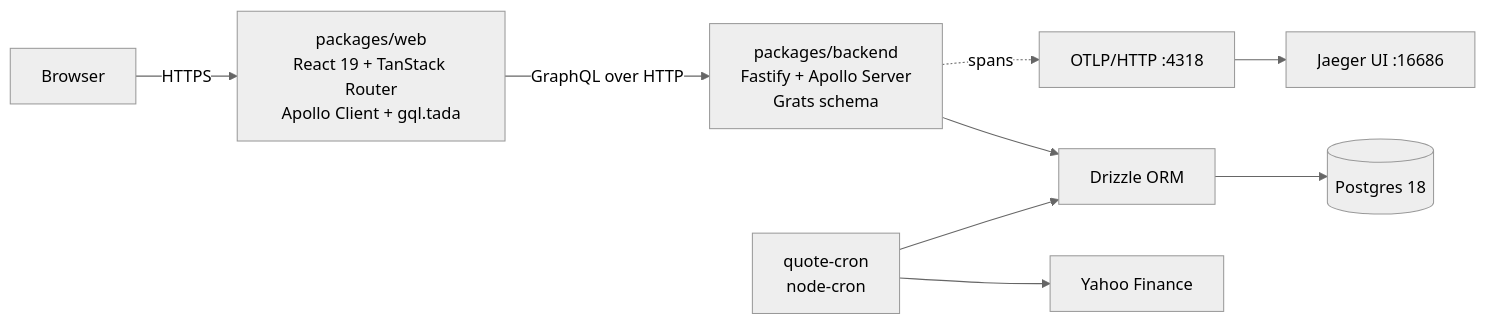
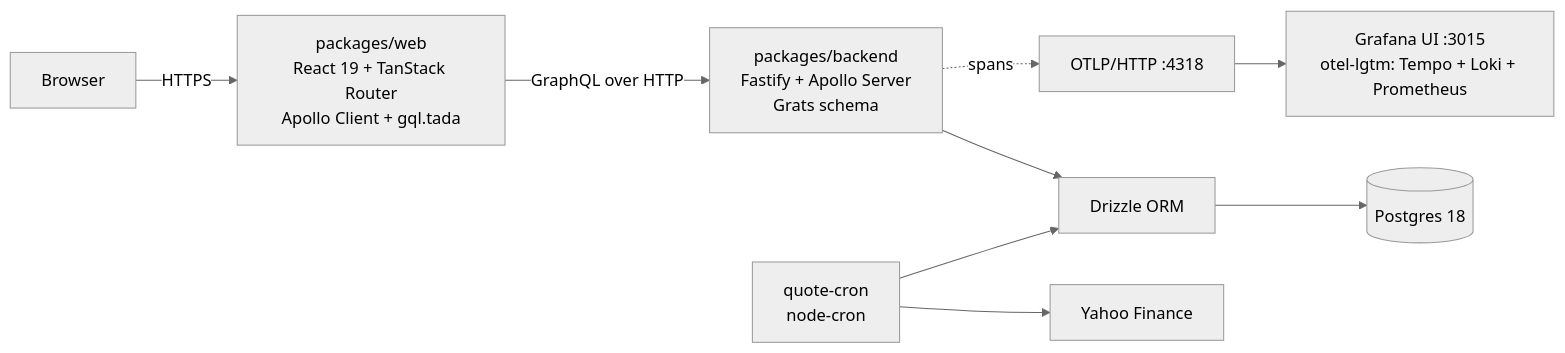
Before and after one commit to felamaslen/fire: the diagram in README.md, drawn with Mermaid (neutral theme). The commit also changed other lines of this file, not shown here.

Commit message:
docs: reference otel-lgtm instead of jaeger for otel testing

````diff
--- a/README.md
+++ b/README.md
@@ -121,19 +121,19 @@
 ```mermaid
 flowchart LR
     Browser[Browser]
     Web[packages/web<br/>React 19 + TanStack Router<br/>Apollo Client + gql.tada]
     Backend[packages/backend<br/>Fastify + Apollo Server<br/>Grats schema]
     Drizzle[Drizzle ORM]
     PG[(Postgres 18)]
     Yahoo[Yahoo Finance]
     Cron[quote-cron<br/>node-cron]
     OTLP[OTLP/HTTP :4318]
-    Jaeger[Jaeger UI :16686]
+    Grafana[Grafana UI :3015<br/>otel-lgtm: Tempo + Loki + Prometheus]
 
     Browser -->|HTTPS| Web
     Web -->|GraphQL over HTTP| Backend
     Backend --> Drizzle --> PG
     Cron --> Yahoo
     Cron --> Drizzle
-    Backend -.spans.-> OTLP --> Jaeger
+    Backend -.spans.-> OTLP --> Grafana
 ```
````
